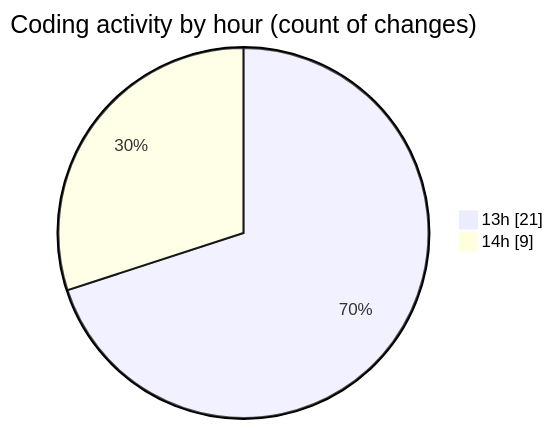
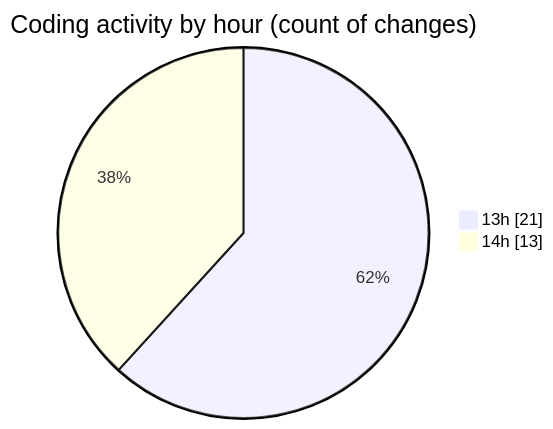
The second of 2 diagrams in 2025-05-26/ecodeli-1/README.md (CELIANVF/code-tracking), drawn with Mermaid before and after one commit. The commit also changed other lines of this file and 1 other file, not shown here.

````diff
--- a/2025-05-26/ecodeli-1/README.md
+++ b/2025-05-26/ecodeli-1/README.md
@@ -38,6 +39,6 @@
 ```mermaid
 pie showData
 title Coding activity by hour (count of changes)
 "13h" : 21
-"14h" : 9
+"14h" : 13
 ```
````
